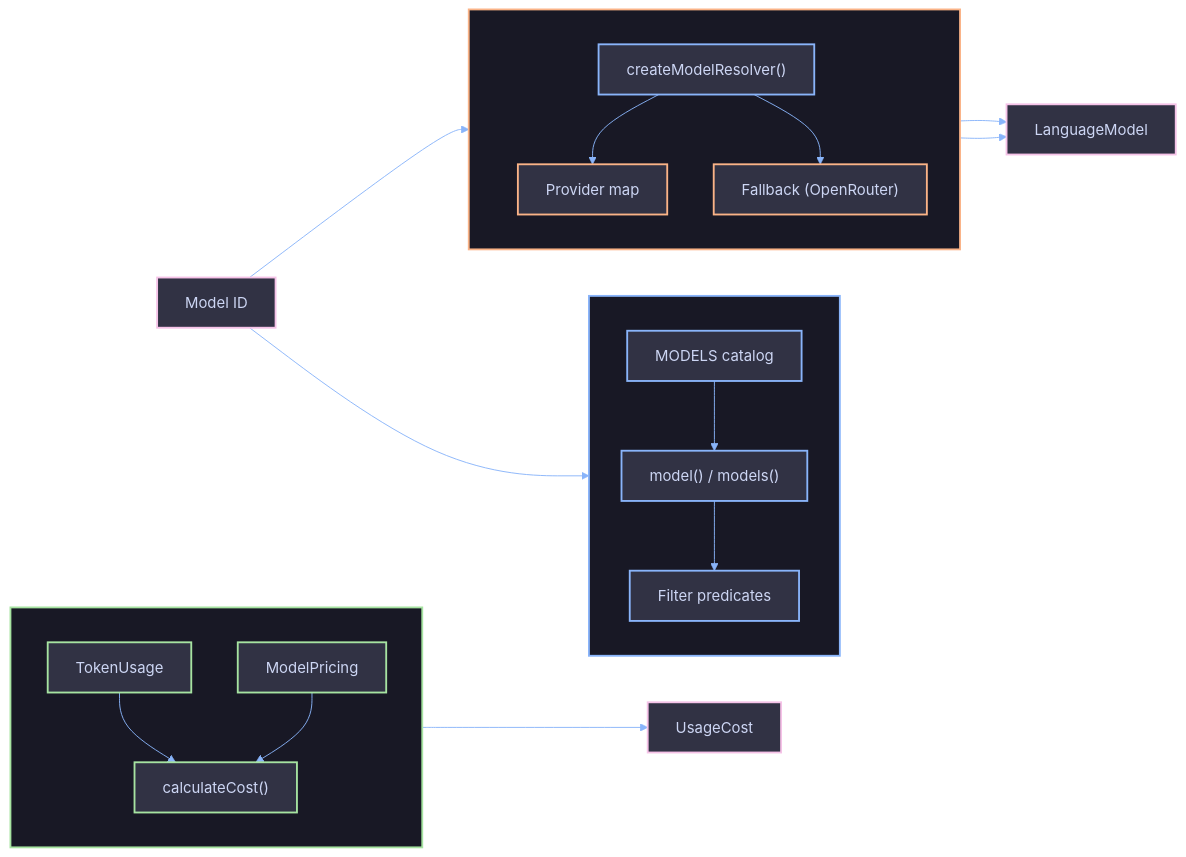
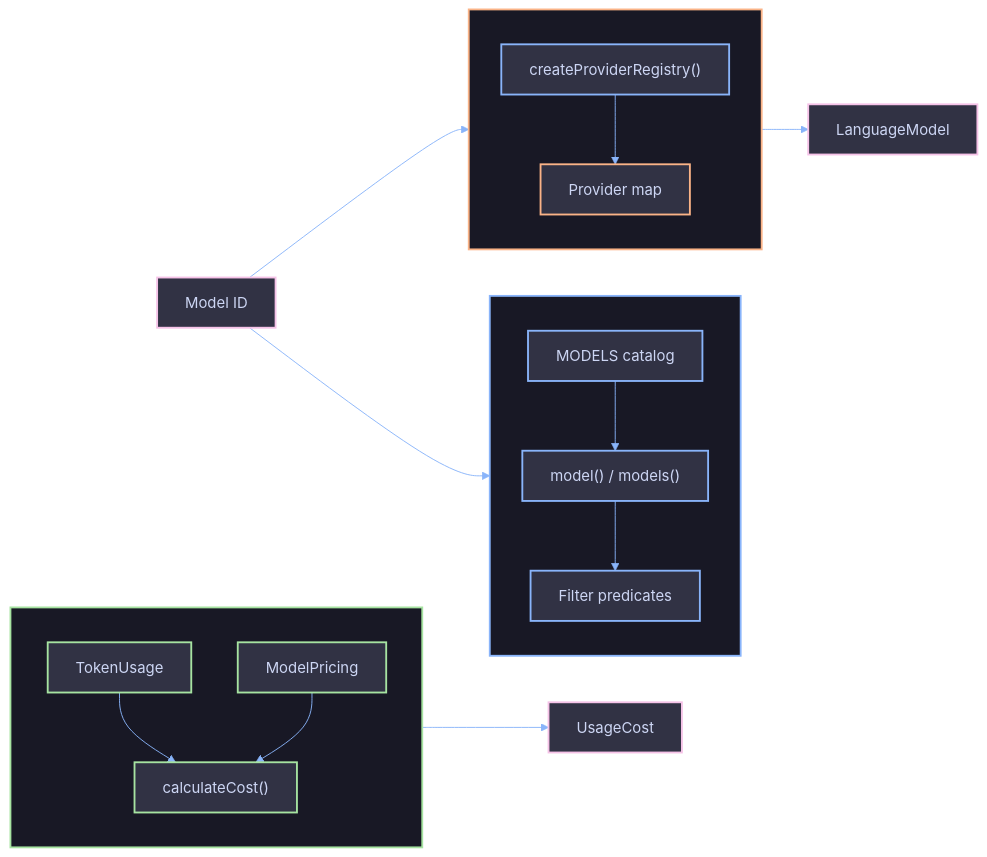
One commit to joggrdocs/funkai changed the diagram in packages/models/docs/overview.md. Above: the diagram before and after it, drawn with Mermaid. The commit also changed other lines of this file and 101 other files, not shown here.

````diff
--- a/packages/models/docs/overview.md
+++ b/packages/models/docs/overview.md
@@ -7,63 +7,60 @@
 ```mermaid
 %%{init: {
   'theme': 'base',
   'themeVariables': {
     'primaryColor': '#313244',
     'primaryTextColor': '#cdd6f4',
     'primaryBorderColor': '#6c7086',
     'lineColor': '#89b4fa',
     'secondaryColor': '#45475a',
     'tertiaryColor': '#1e1e2e',
     'background': '#1e1e2e',
     'mainBkg': '#313244',
     'clusterBkg': '#1e1e2e',
     'clusterBorder': '#45475a'
   },
   'flowchart': { 'curve': 'basis', 'padding': 15 }
 }}%%
 
 flowchart LR
   ModelId["Model ID"]:::external
 
   subgraph catalog [" "]
     direction TB
     MODELS["MODELS catalog"]:::core
     lookup["model() / models()"]:::core
     filter["Filter predicates"]:::core
   end
 
   subgraph resolver [" "]
     direction TB
-    createResolver["createModelResolver()"]:::core
+    createRegistry["createProviderRegistry()"]:::core
     providers["Provider map"]:::gateway
-    fallback["Fallback (OpenRouter)"]:::gateway
   end
 
   subgraph cost [" "]
     direction TB
     calcCost["calculateCost()"]:::agent
     usage["TokenUsage"]:::agent
     pricing["ModelPricing"]:::agent
   end
 
   ModelId --> lookup
   MODELS --> lookup
   lookup --> filter
-  ModelId --> createResolver
-  createResolver --> providers
-  createResolver --> fallback
+  ModelId --> createRegistry
+  createRegistry --> providers
   providers --> LanguageModel["LanguageModel"]:::external
-  fallback --> LanguageModel
   usage --> calcCost
   pricing --> calcCost
   calcCost --> UsageCost["UsageCost"]:::external
 
   classDef external fill:#313244,stroke:#f5c2e7,stroke-width:2px,color:#cdd6f4
   classDef core fill:#313244,stroke:#89b4fa,stroke-width:2px,color:#cdd6f4
   classDef gateway fill:#313244,stroke:#fab387,stroke-width:2px,color:#cdd6f4
   classDef agent fill:#313244,stroke:#a6e3a1,stroke-width:2px,color:#cdd6f4
 
   style catalog fill:#181825,stroke:#89b4fa,stroke-width:2px
   style resolver fill:#181825,stroke:#fab387,stroke-width:2px
   style cost fill:#181825,stroke:#a6e3a1,stroke-width:2px
 ```
````
